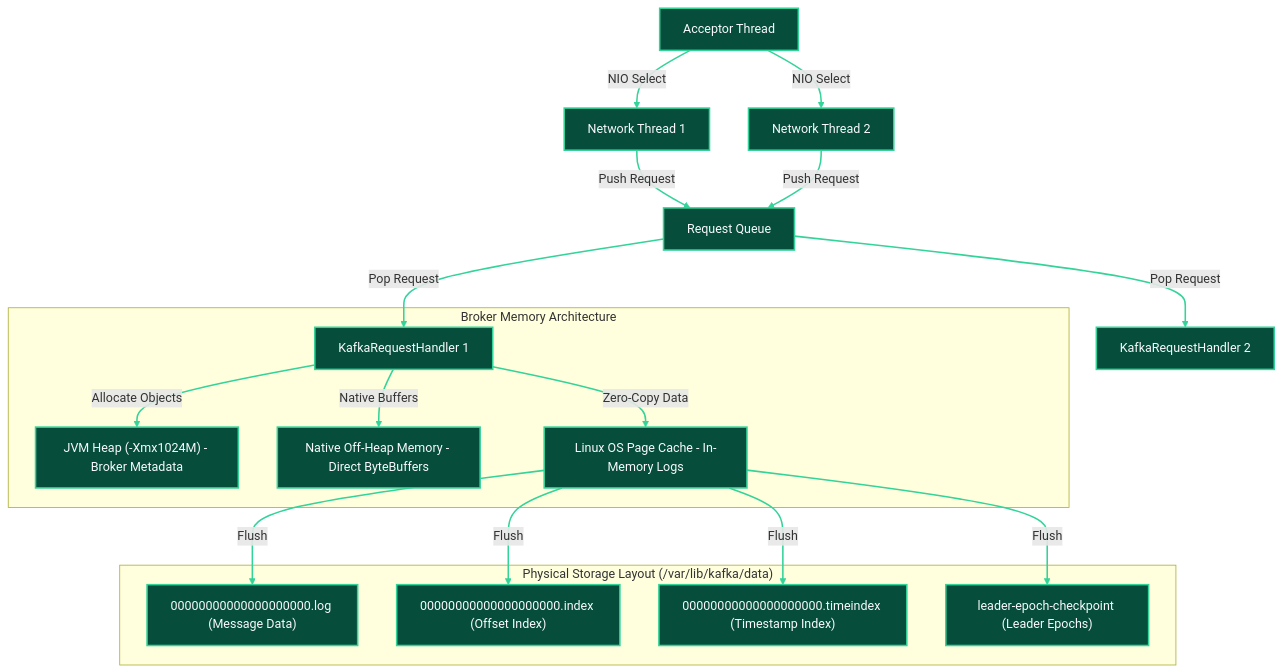
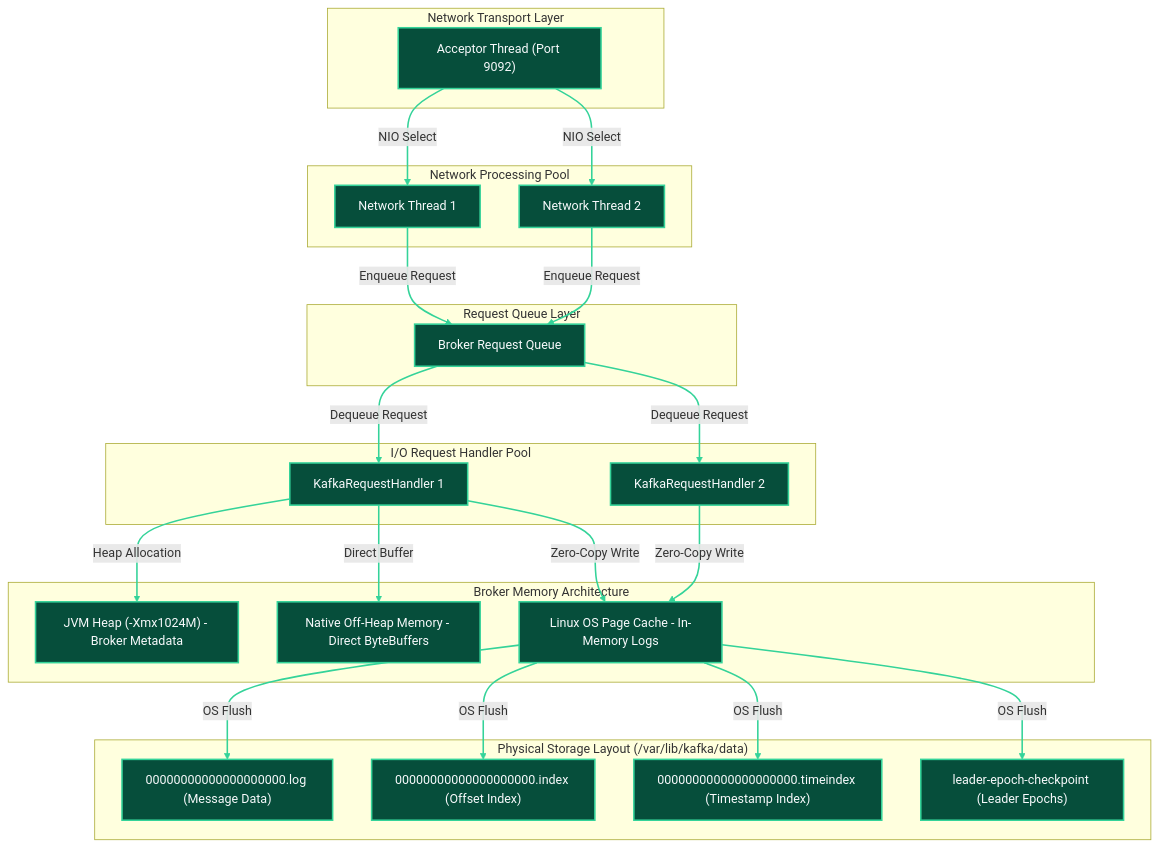
Before and after one commit to Chief-Strategist-J/llm-obs-infra: the fourth of 24 diagrams in docs/configDoc/kafka-configuration-guide.md, drawn with Mermaid.

Commit message:
fix(kafka-docs): structure Section 3.3 Broker LLD into discrete subgraphs to prevent Dagre layout distance error

````diff
--- a/docs/configDoc/kafka-configuration-guide.md
+++ b/docs/configDoc/kafka-configuration-guide.md
@@ -560,40 +560,68 @@
 ```mermaid
 graph TB
-    Acceptor["Acceptor Thread"] -->|NIO Select| NetThread1["Network Thread 1"]
-    Acceptor -->|NIO Select| NetThread2["Network Thread 2"]
+    subgraph AcceptorLayer ["Network Transport Layer"]
+        Acceptor["Acceptor Thread (Port 9092)"]
+    end
 
-    NetThread1 -->|Push Request| RequestQueue["Request Queue"]
-    NetThread2 -->|Push Request| RequestQueue
+    subgraph NetworkThreadPool ["Network Processing Pool"]
+        NetThread1["Network Thread 1"]
+        NetThread2["Network Thread 2"]
+    end
 
-    RequestQueue -->|Pop Request| IOThread1["KafkaRequestHandler 1"]
-    RequestQueue -->|Pop Request| IOThread2["KafkaRequestHandler 2"]
+    subgraph RequestQueueLayer ["Request Queue Layer"]
+        RequestQueue["Broker Request Queue"]
+    end
+
+    subgraph HandlerThreadPool ["I/O Request Handler Pool"]
+        IOThread1["KafkaRequestHandler 1"]
+        IOThread2["KafkaRequestHandler 2"]
+    end
 
     subgraph MemoryArchitecture ["Broker Memory Architecture"]
-        IOThread1 -->|Allocate Objects| JVMHeap["JVM Heap (-Xmx1024M) - Broker Metadata"]
-        IOThread1 -->|Native Buffers| NativeMem["Native Off-Heap Memory - Direct ByteBuffers"]
-        IOThread1 -->|Zero-Copy Data| PageCache["Linux OS Page Cache - In-Memory Logs"]
+        JVMHeap["JVM Heap (-Xmx1024M) - Broker Metadata"]
+        NativeMem["Native Off-Heap Memory - Direct ByteBuffers"]
+        PageCache["Linux OS Page Cache - In-Memory Logs"]
     end
 
     subgraph StorageLayout ["Physical Storage Layout (/var/lib/kafka/data)"]
-        PageCache -->|Flush| LogFile["00000000000000000000.log (Message Data)"]
-        PageCache -->|Flush| IndexFile["00000000000000000000.index (Offset Index)"]
-        PageCache -->|Flush| TimeIndex["00000000000000000000.timeindex (Timestamp Index)"]
-        PageCache -->|Flush| EpochFile["leader-epoch-checkpoint (Leader Epochs)"]
+        LogFile["00000000000000000000.log (Message Data)"]
+        IndexFile["00000000000000000000.index (Offset Index)"]
+        TimeIndex["00000000000000000000.timeindex (Timestamp Index)"]
+        EpochFile["leader-epoch-checkpoint (Leader Epochs)"]
     end
+
+    Acceptor -->|NIO Select| NetThread1
+    Acceptor -->|NIO Select| NetThread2
+
+    NetThread1 -->|Enqueue Request| RequestQueue
+    NetThread2 -->|Enqueue Request| RequestQueue
+
+    RequestQueue -->|Dequeue Request| IOThread1
+    RequestQueue -->|Dequeue Request| IOThread2
+
+    IOThread1 -->|Heap Allocation| JVMHeap
+    IOThread1 -->|Direct Buffer| NativeMem
+    IOThread1 -->|Zero-Copy Write| PageCache
+    IOThread2 -->|Zero-Copy Write| PageCache
+
+    PageCache -->|OS Flush| LogFile
+    PageCache -->|OS Flush| IndexFile
+    PageCache -->|OS Flush| TimeIndex
+    PageCache -->|OS Flush| EpochFile
 
     style Acceptor fill:#064e3b,stroke:#34d399,stroke-width:2px,color:#f8fafc
     style NetThread1 fill:#064e3b,stroke:#34d399,stroke-width:2px,color:#f8fafc
     style NetThread2 fill:#064e3b,stroke:#34d399,stroke-width:2px,color:#f8fafc
     style RequestQueue fill:#064e3b,stroke:#34d399,stroke-width:2px,color:#f8fafc
     style IOThread1 fill:#064e3b,stroke:#34d399,stroke-width:2px,color:#f8fafc
     style IOThread2 fill:#064e3b,stroke:#34d399,stroke-width:2px,color:#f8fafc
     style JVMHeap fill:#064e3b,stroke:#34d399,stroke-width:2px,color:#f8fafc
     style NativeMem fill:#064e3b,stroke:#34d399,stroke-width:2px,color:#f8fafc
     style PageCache fill:#064e3b,stroke:#34d399,stroke-width:2px,color:#f8fafc
     style LogFile fill:#064e3b,stroke:#34d399,stroke-width:2px,color:#f8fafc
     style IndexFile fill:#064e3b,stroke:#34d399,stroke-width:2px,color:#f8fafc
     style TimeIndex fill:#064e3b,stroke:#34d399,stroke-width:2px,color:#f8fafc
     style EpochFile fill:#064e3b,stroke:#34d399,stroke-width:2px,color:#f8fafc
 
-    linkStyle 0,1,2,3,4,5,6,7,8,9,10,11,12 stroke:#34d399,stroke-width:2px;
+    linkStyle 0,1,2,3,4,5,6,7,8,9,10,11,12,13 stroke:#34d399,stroke-width:2px;
 ```
````
